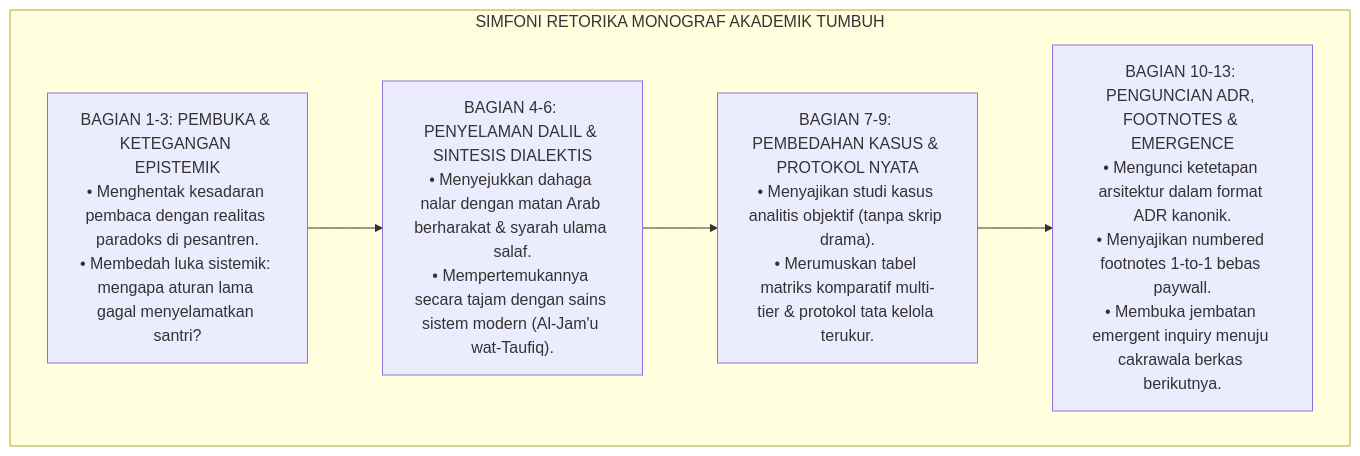
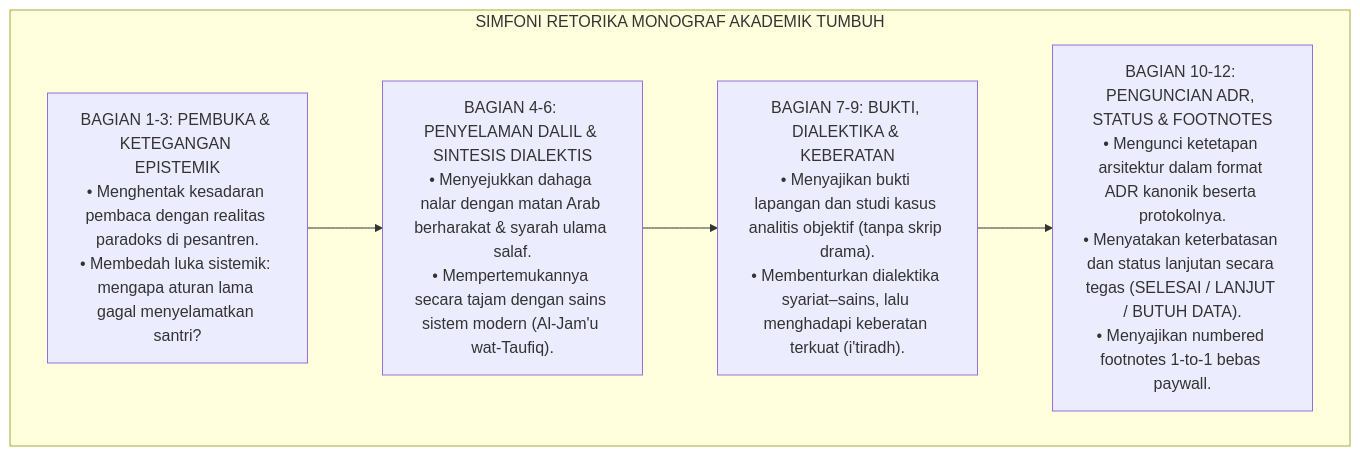
The diagram in .agents/skills/pakar-penulis-monograf-tumbuh/SKILL.md (wandiapriliyandi/tumbuh), drawn with Mermaid before and after one commit. The commit also changed other lines of this file and 1 other file, not shown here.

Commit message:
Revisi standar PROBE pada skill: struktur 12 bab (Metode, Bukti Lapangan, I'tiradh), target 8.500 kata dicabut diganti tuntas fungsional, rantai lanjutan kondisional (arahan Wandi 15 Nov 2026)

````diff
--- a/.agents/skills/pakar-penulis-monograf-tumbuh/SKILL.md
+++ b/.agents/skills/pakar-penulis-monograf-tumbuh/SKILL.md
@@ -49,14 +48,14 @@
 ```mermaid
 graph TD
     subgraph AlurRetorika["SIMFONI RETORIKA MONOGRAF AKADEMIK TUMBUH"]
         A1["BAGIAN 1-3: PEMBUKA & KETEGANGAN EPISTEMIK<br/>• Menghentak kesadaran pembaca dengan realitas paradoks di pesantren.<br/>• Membedah luka sistemik: mengapa aturan lama gagal menyelamatkan santri?"]
         
         A2["BAGIAN 4-6: PENYELAMAN DALIL & SINTESIS DIALEKTIS<br/>• Menyejukkan dahaga nalar dengan matan Arab berharakat & syarah ulama salaf.<br/>• Mempertemukannya secara tajam dengan sains sistem modern (Al-Jam'u wat-Taufiq)."]
         
-        A3["BAGIAN 7-9: PEMBEDAHAN KASUS & PROTOKOL NYATA<br/>• Menyajikan studi kasus analitis objektif (tanpa skrip drama).<br/>• Merumuskan tabel matriks komparatif multi-tier & protokol tata kelola terukur."]
+        A3["BAGIAN 7-9: BUKTI, DIALEKTIKA & KEBERATAN<br/>• Menyajikan bukti lapangan dan studi kasus analitis objektif (tanpa skrip drama).<br/>• Membenturkan dialektika syariat–sains, lalu menghadapi keberatan terkuat (i'tiradh)."]
         
-        A4["BAGIAN 10-13: PENGUNCIAN ADR, FOOTNOTES & EMERGENCE<br/>• Mengunci ketetapan arsitektur dalam format ADR kanonik.<br/>• Menyajikan numbered footnotes 1-to-1 bebas paywall.<br/>• Membuka jembatan emergent inquiry menuju cakrawala berkas berikutnya."]
+        A4["BAGIAN 10-12: PENGUNCIAN ADR, STATUS & FOOTNOTES<br/>• Mengunci ketetapan arsitektur dalam format ADR kanonik beserta protokolnya.<br/>• Menyatakan keterbatasan dan status lanjutan secara tegas (SELESAI / LANJUT / BUTUH DATA).<br/>• Menyajikan numbered footnotes 1-to-1 bebas paywall."]
         
         A1 --> A2 --> A3 --> A4
     end
 ```
````
